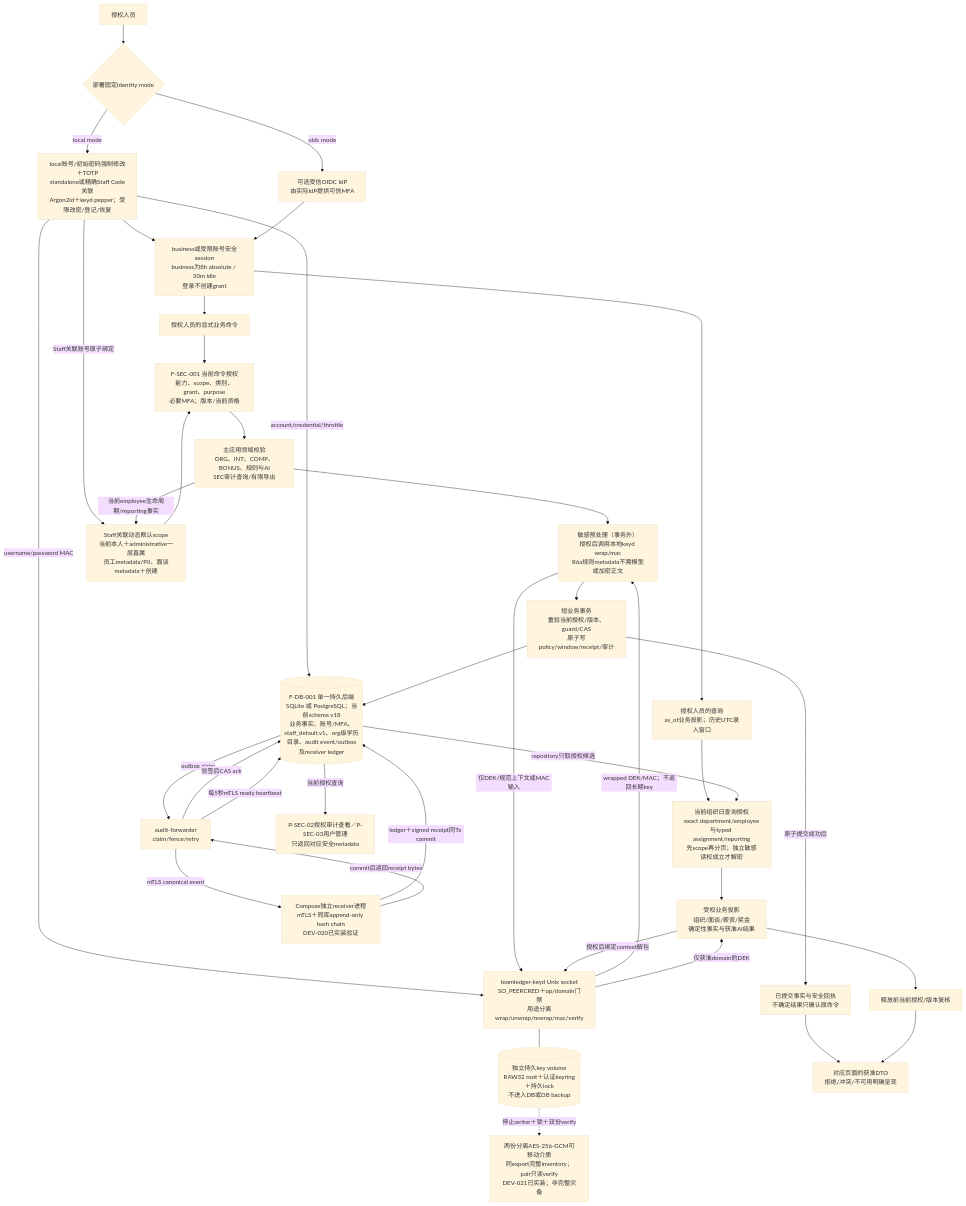
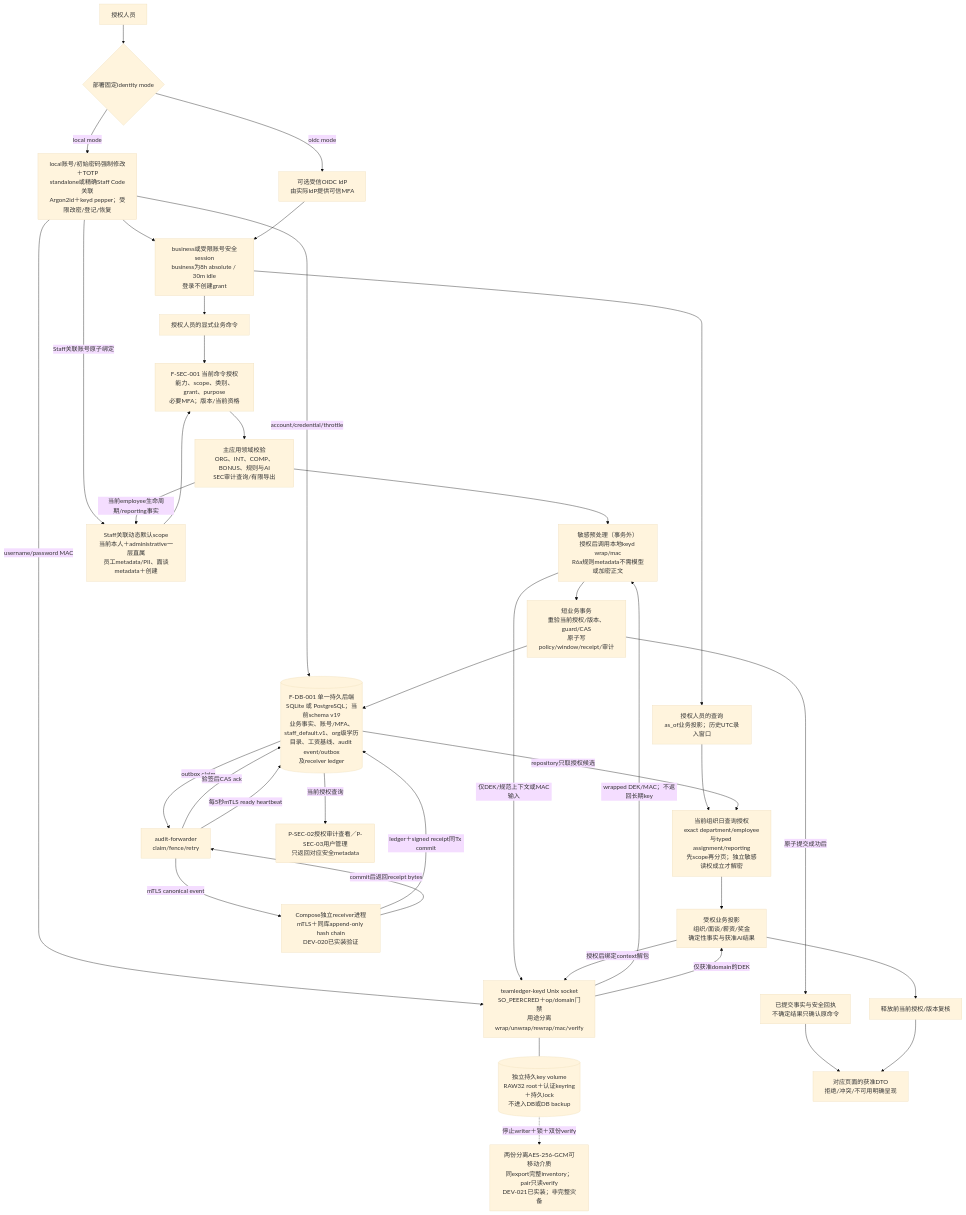
The second of 14 diagrams in docs/FUNCTIONAL_SPEC.md (r404r/team-ledger-pub), drawn with Mermaid (base theme) before and after one commit. The commit also changed other lines of this file and 5 other files, not shown here.

````diff
--- a/docs/FUNCTIONAL_SPEC.md
+++ b/docs/FUNCTIONAL_SPEC.md
@@ -53,56 +53,56 @@
 ```mermaid
 flowchart TB
     person["授权人员"]
     identity{"部署固定identity mode"}
     local["local账号/初始密码强制修改＋TOTP<br/>standalone或精确Staff Code关联<br/>Argon2id＋keyd pepper；受限改密/登记/恢复"]
     oidc["可选受信OIDC IdP<br/>由实际IdP提供可信MFA"]
     session["business或受限账号安全session<br/>business为8h absolute / 30m idle<br/>登录不创建grant"]
     command["授权人员的显式业务命令"]
     gate["F-SEC-001 当前命令授权<br/>能力、scope、类别、grant、purpose<br/>必要MFA；版本/当前资格"]
     domain["主应用领域校验<br/>ORG、INT、COMP、BONUS、规则与AI<br/>SEC审计查询/有限导出"]
     prepare["敏感预处理（事务外）<br/>授权后调用本地keyd wrap/mac<br/>R6a规则metadata不需模型或加密正文"]
     keyd["teamledger-keyd Unix socket<br/>SO_PEERCRED＋op/domain门禁<br/>用途分离wrap/unwrap/rewrap/mac/verify"]
     keyfiles[("独立持久key volume<br/>RAW32 root＋认证keyring＋持久lock<br/>不进入DB或DB backup")]
     offline["两份分离AES-256-GCM可移动介质<br/>同export完整inventory；pair只读verify<br/>DEV-021已实装；非完整灾备"]
     tx["短业务事务<br/>重验当前授权/版本、guard/CAS<br/>原子写policy/window/receipt/审计"]
-    store[("F-DB-001 单一持久后端<br/>SQLite 或 PostgreSQL；当前schema v18<br/>业务事实、账号/MFA、staff_default.v1、org级学历目录、audit event/outbox<br/>及receiver ledger")]
+    store[("F-DB-001 单一持久后端<br/>SQLite 或 PostgreSQL；当前schema v19<br/>业务事实、账号/MFA、staff_default.v1、org级学历目录、工资基线、audit event/outbox<br/>及receiver ledger")]
     staffDefault["Staff关联动态默认scope<br/>当前本人＋administrative一层直属<br/>员工metadata/PII、面谈metadata＋创建"]
     receipt["已提交事实与安全回执<br/>不确定结果只确认原命令"]
     query["授权人员的查询<br/>as_of业务投影；历史UTC录入窗口"]
     readgate["当前组织日查询授权<br/>exact department/employee与typed assignment/reporting<br/>先scope再分页；独立敏感读权成立才解密"]
     projection["受权业务投影<br/>组织/面谈/薪资/奖金<br/>确定性事实与获准AI结果"]
     release["释放前当前授权/版本复核"]
     view["对应页面的获准DTO<br/>拒绝/冲突/不可用明确呈现"]
     forwarder["audit-forwarder<br/>claim/fence/retry"]
     receiver["Compose独立receiver进程<br/>mTLS＋同库append-only hash chain<br/>DEV-020已实装验证"]
     audit["P-SEC-02授权审计查看／P-SEC-03用户管理<br/>只返回对应安全metadata"]
 
     person --> identity
     identity -->|"local mode"| local --> session
     identity -->|"oidc mode"| oidc --> session
     local -->|"username/password MAC"| keyd
     local -->|"account/credential/throttle"| store
     local -->|"Staff关联账号原子绑定"| staffDefault
     staffDefault --> gate
     domain -->|"当前employee生命周期/reporting事实"| staffDefault
     session --> command
     session --> query
     command --> gate --> domain --> prepare --> tx --> store
     prepare -->|"仅DEK/规范上下文或MAC输入"| keyd
     keyd -->|"wrapped DEK/MAC；不返回长期key"| prepare
     keyd --- keyfiles
     keyfiles -.->|"停止writer＋锁＋双份verify"| offline
     tx -->|"原子提交成功后"| receipt --> view
     query --> readgate
     store -->|"repository只取授权候选"| readgate
     readgate --> projection --> release --> view
     projection -->|"授权后绑定context解包"| keyd
     keyd -->|"仅获准domain的DEK"| projection
     store -->|"outbox claim"| forwarder
     forwarder -->|"mTLS canonical event"| receiver
     receiver -->|"ledger＋signed receipt同Tx commit"| store
     receiver -->|"commit后返回receipt bytes"| forwarder
     forwarder -->|"验签后CAS ack"| store
     forwarder -->|"每5秒mTLS ready heartbeat"| store
     store -->|"当前授权查询"| audit
 ```
````
